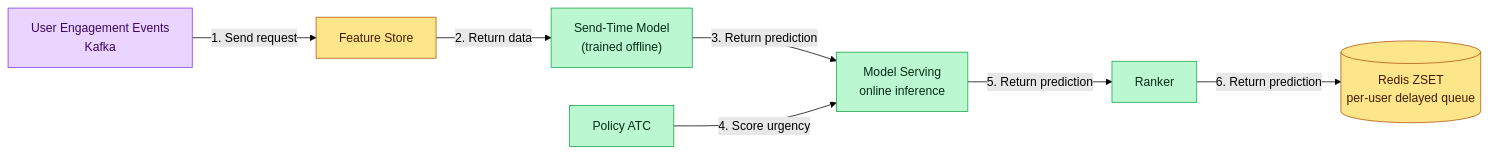
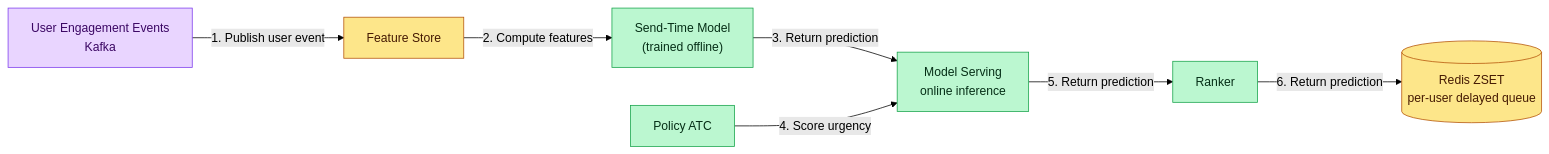
One commit to iluzn/HLD-Designs changed the tenth of 16 diagrams in content/hld/NotificationSystem.md. Above: the diagram before and after it, drawn with Mermaid (forest theme). The commit also changed other lines of this file and 27 other files, not shown here.

````diff
--- a/content/hld/NotificationSystem.md
+++ b/content/hld/NotificationSystem.md
@@ -764,21 +764,21 @@
 ```mermaid
 flowchart LR
     EVENTS["User Engagement Events<br/>Kafka"]:::async
     FEATURE["Feature Store"]:::data
     MODEL["Send-Time Model<br/>(trained offline)"]:::service
     SERVING["Model Serving<br/>online inference"]:::service
     ATC["Policy ATC"]:::service
     RANKER["Ranker"]:::service
     DELAYQ[("Redis ZSET<br/>per-user delayed queue")]:::data
 
-    EVENTS -->|"1. Send request"| FEATURE
-    FEATURE -->|"2. Return data"| MODEL
+    EVENTS -->|"1. Publish user event"| FEATURE
+    FEATURE -->|"2. Compute features"| MODEL
     MODEL -->|"3. Return prediction"| SERVING
     ATC -->|"4. Score urgency"| SERVING
     SERVING -->|"5. Return prediction"| RANKER
     RANKER -->|"6. Return prediction"| DELAYQ
 
     classDef service fill:#bbf7d0,stroke:#16a34a,color:#052e16
     classDef async fill:#e9d5ff,stroke:#7c3aed,color:#3b0764
     classDef data fill:#fde68a,stroke:#b45309,color:#451a03
 ```
````
